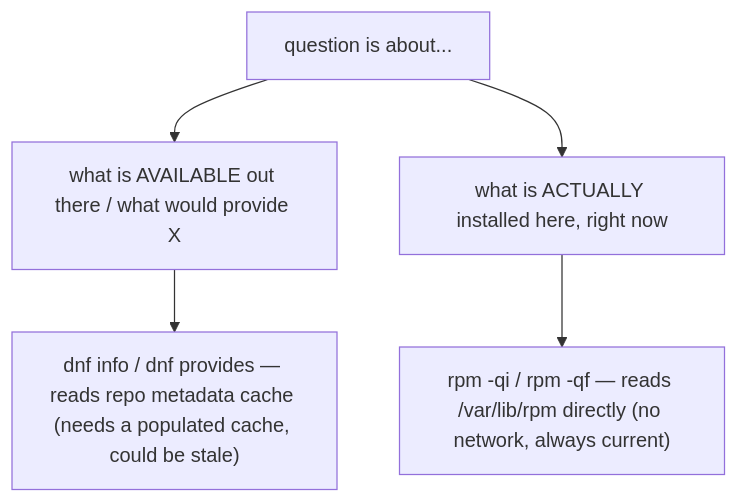
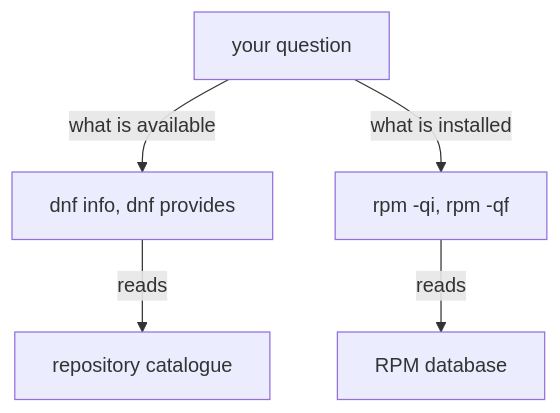
Before and after one commit to astrona-io/ATS002: the diagram in sections/section-060/module-04/course-02-provides-and-cross-referencing.md, drawn with Mermaid. The commit also changed other lines of this file and 615 other files, not shown here.

````diff
--- a/sections/section-060/module-04/course-02-provides-and-cross-referencing.md
+++ b/sections/section-060/module-04/course-02-provides-and-cross-referencing.md
@@ -43,7 +59,7 @@
 ```mermaid
-flowchart TD
-    Q["question is about..."] --> A["what is AVAILABLE out there / what would provide X"]
-    Q --> B["what is ACTUALLY installed here, right now"]
-    A --> DNF["dnf info / dnf provides — reads repo metadata cache (needs a populated cache, could be stale)"]
-    B --> RPM["rpm -qi / rpm -qf — reads /var/lib/rpm directly (no network, always current)"]
+flowchart TB
+    Q["your question"] -->|"what is available"| DNF["dnf info, dnf provides"]
+    Q -->|"what is installed"| RPM["rpm -qi, rpm -qf"]
+    DNF -->|"reads"| C["repository catalogue"]
+    RPM -->|"reads"| DB["RPM database"]
 ```
````
